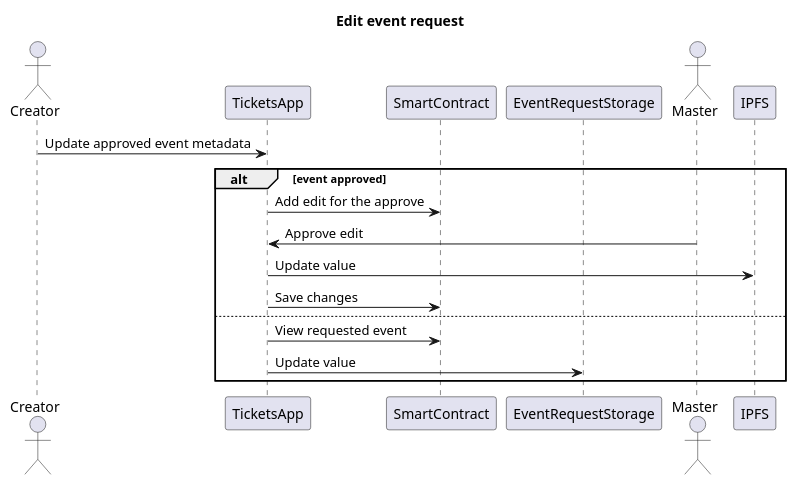
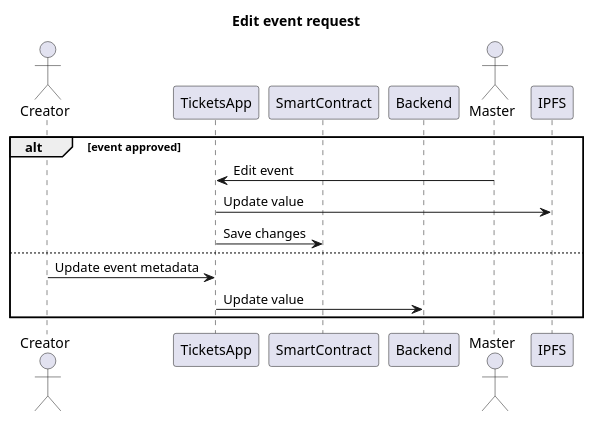
Before and after one commit to ai-shift/cyber-valley-tickets: the ninth of 25 diagrams in README.org, drawn with PlantUML. The commit also changed other lines of this file and 9 other files, not shown here.

```diff
--- a/README.org
+++ b/README.org
@@ -229,20 +230,18 @@
 #+begin_src plantuml :file ./img/edit-event-request.png
 title Edit event request
 
 actor Creator
 participant TicketsApp
 participant SmartContract
-participant EventRequestStorage
+participant Backend
 actor Master
 
-Creator -> TicketsApp: Update approved event metadata
 alt event approved
-  TicketsApp -> SmartContract: Add edit for the approve
-  Master -> TicketsApp: Approve edit
+  Master -> TicketsApp: Edit event
   TicketsApp -> IPFS: Update value
   TicketsApp -> SmartContract: Save changes
 else
-  TicketsApp -> SmartContract: View requested event
-  TicketsApp -> EventRequestStorage: Update value
+  Creator -> TicketsApp: Update event metadata
+  TicketsApp -> Backend: Update value
 end
 #+end_src
```
